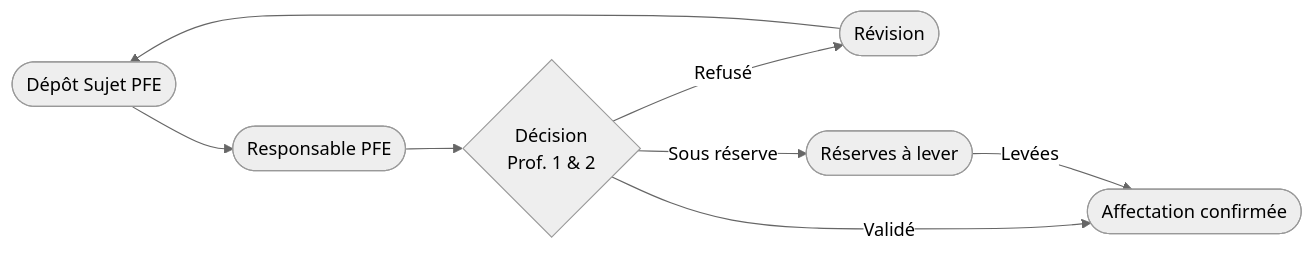
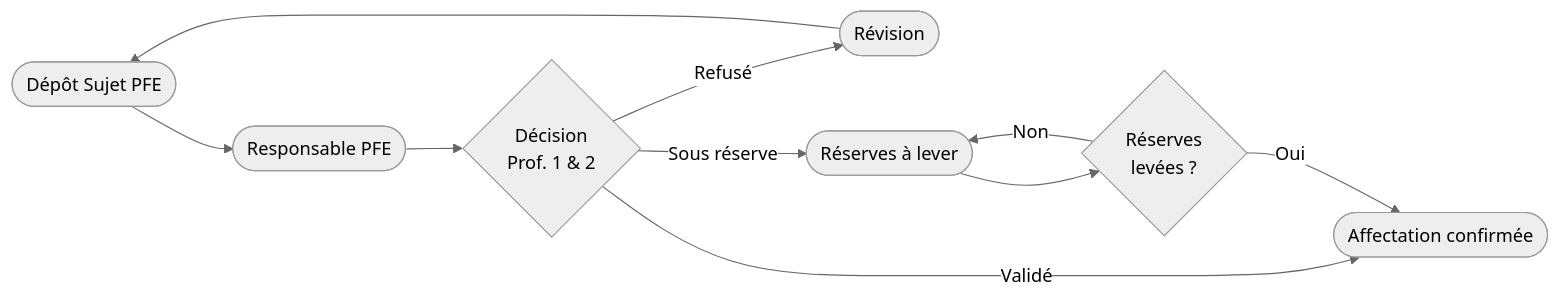
The second of 2 diagrams in chapters/ch2/main.qmd (rhpo/pfe-enhanced), drawn with Mermaid (neutral theme) before and after one commit. The commit also changed other lines of this file and 4 other files, not shown here.

````diff
--- a/chapters/ch2/main.qmd
+++ b/chapters/ch2/main.qmd
@@ -149,14 +153,16 @@
 ```{mermaid}
 %%| label: fig-validation-pfe
 %%| fig-width: 6.3
 %%| fig-cap: "Processus de validation d'un sujet de PFE à l'ESST"
 
 flowchart LR
     A([Dépôt Sujet PFE]) --> B([Responsable PFE])
     B --> C{Décision <br/> Prof. 1 & 2}
     C -- Validé --> D([Affectation confirmée])
     C -- Refusé --> R([Révision])
     C -- Sous réserve --> SR([Réserves à lever])
-    SR -- Levées --> D
+    SR --> L{Réserves <br/> levées ?}
+    L -- Oui --> D
+    L -- Non --> SR
     R --> A
 ```
````
